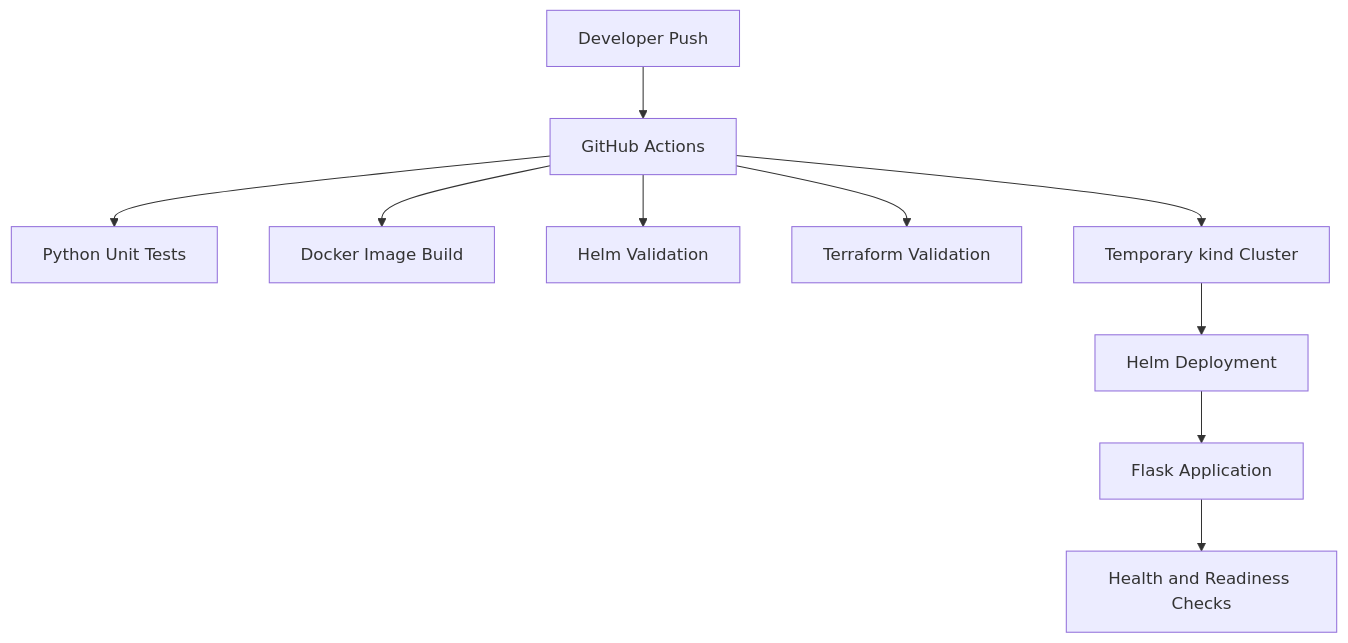
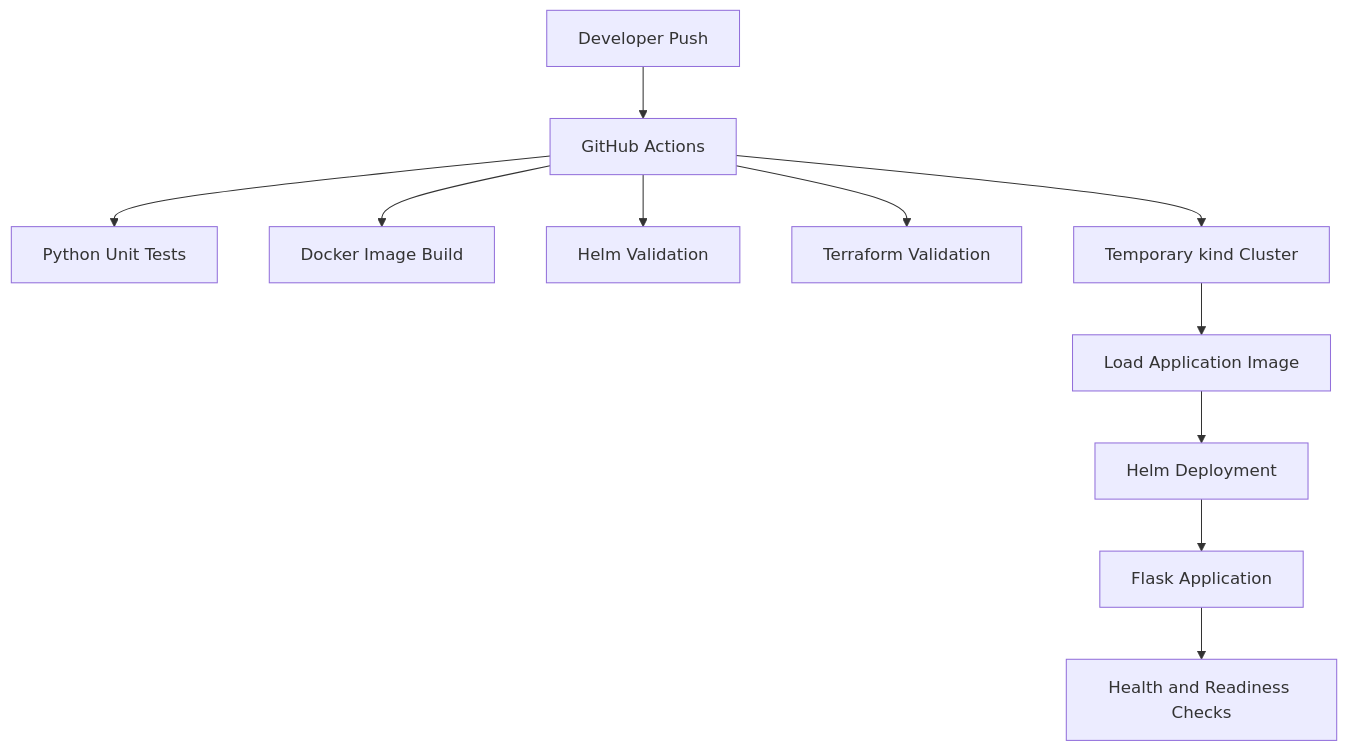
One commit to vinaykumar0710/iac-kubernetes-platform changed the diagram in README.md. Above: the diagram before and after it, drawn with Mermaid. The commit also changed other lines of this file, not shown here.

````diff
--- a/README.md
+++ b/README.md
@@ -4,12 +7,15 @@
 ```mermaid
 flowchart TD
-    A[Developer Push] --> B[GitHub Actions]
-    B --> C[Python Unit Tests]
-    B --> D[Docker Image Build]
-    B --> E[Helm Validation]
-    B --> F[Terraform Validation]
-    B --> G[Temporary kind Cluster]
-    G --> H[Helm Deployment]
-    H --> I[Flask Application]
-    I --> J[Health and Readiness Checks]
+    DEV["Developer Push"] --> CI["GitHub Actions"]
+
+    CI --> TEST["Python Unit Tests"]
+    CI --> BUILD["Docker Image Build"]
+    CI --> HELM["Helm Validation"]
+    CI --> TF["Terraform Validation"]
+    CI --> KIND["Temporary kind Cluster"]
+
+    KIND --> IMAGE["Load Application Image"]
+    IMAGE --> DEPLOY["Helm Deployment"]
+    DEPLOY --> APP["Flask Application"]
+    APP --> CHECK["Health and Readiness Checks"]
 ```
````
